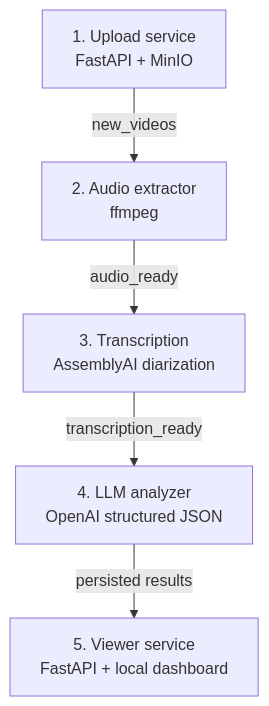
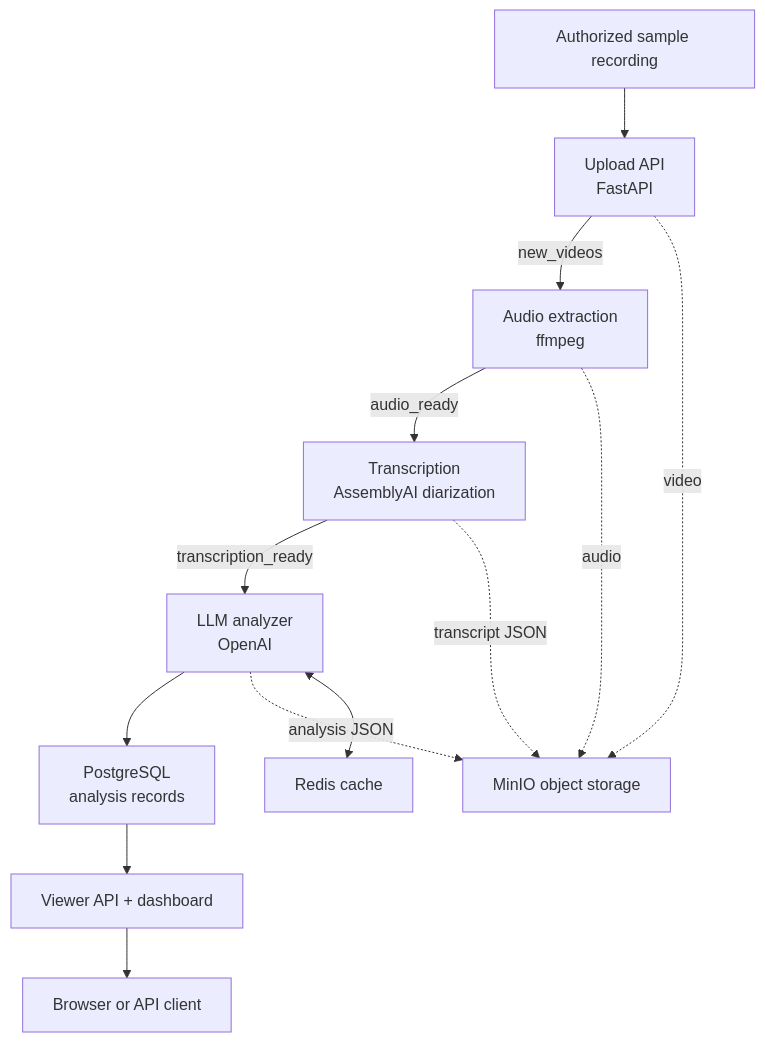
The diagram in README.md (LironTal01/Psychology_Session_Analyzer), drawn with Mermaid before and after one commit. The commit also changed other lines of this file, not shown here.

Commit message:
docs: restore pipeline diagram and clarify project structure

````diff
--- a/README.md
+++ b/README.md
@@ -27,13 +27,16 @@
 ```mermaid
 flowchart TB
-    UP["1. Upload service\nFastAPI + MinIO"]
-    AE["2. Audio extractor\nffmpeg"]
-    TS["3. Transcription\nAssemblyAI diarization"]
-    LA["4. LLM analyzer\nOpenAI structured JSON"]
-    VS["5. Viewer service\nFastAPI + local dashboard"]
+    U["Authorized sample recording"] --> UP["Upload API\nFastAPI"]
+    UP -->|"new_videos"| AE["Audio extraction\nffmpeg"]
+    AE -->|"audio_ready"| TS["Transcription\nAssemblyAI diarization"]
+    TS -->|"transcription_ready"| LA["LLM analyzer\nOpenAI"]
+    LA --> DB["PostgreSQL\nanalysis records"]
+    DB --> VS["Viewer API + dashboard"]
+    VS --> B["Browser or API client"]
 
-    UP -->|"new_videos"| AE
-    AE -->|"audio_ready"| TS
-    TS -->|"transcription_ready"| LA
-    LA -->|"persisted results"| VS
+    UP -. "video" .-> S["MinIO object storage"]
+    AE -. "audio" .-> S
+    TS -. "transcript JSON" .-> S
+    LA -. "analysis JSON" .-> S
+    LA <--> R["Redis cache"]
 ```
````
